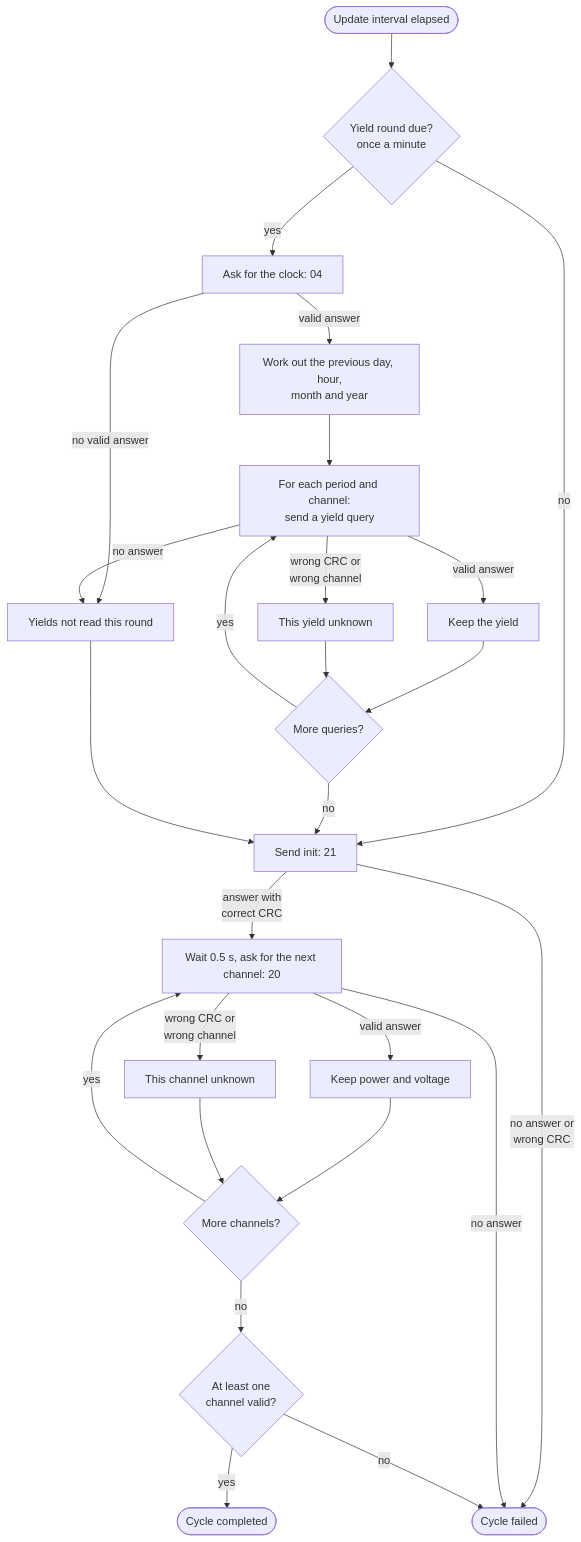
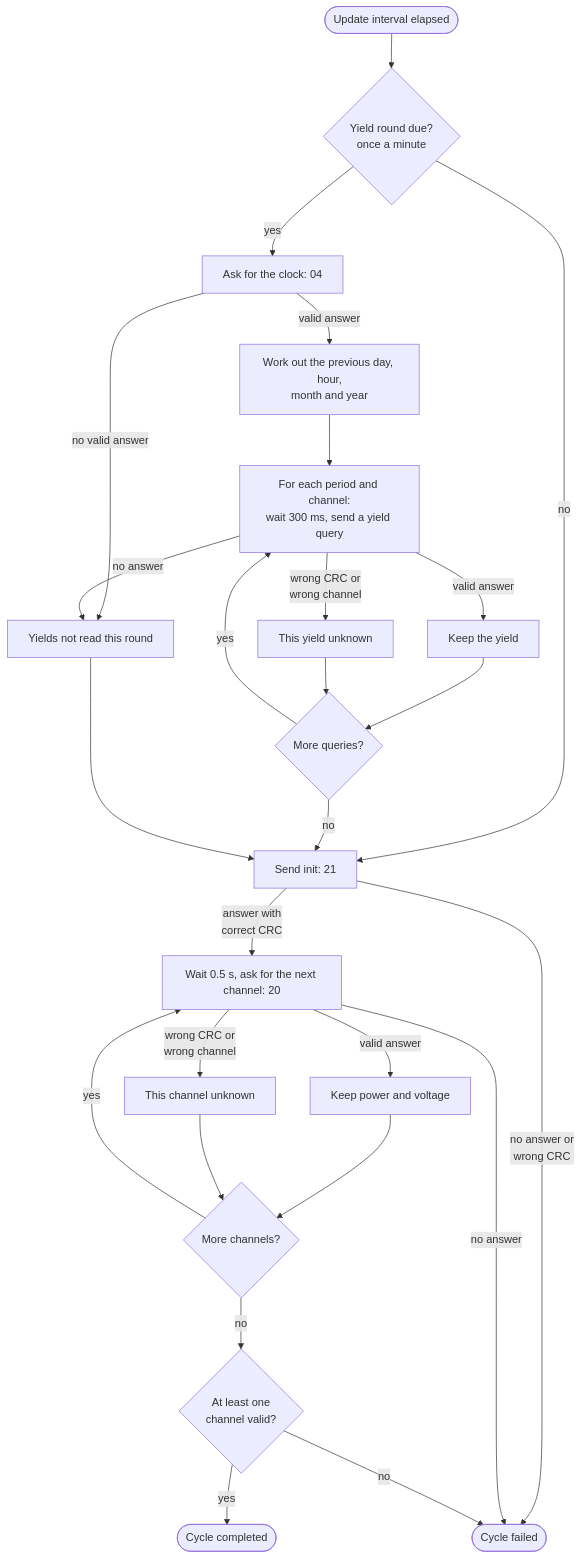
The second of 4 diagrams in docs/PROTOCOL.md (snbk40/SunMon), drawn with Mermaid before and after one commit. The commit also changed other lines of this file, not shown here.

First line of the commit message:
Show the 300 ms yield query pause in the protocol diagrams

````diff
--- a/docs/PROTOCOL.md
+++ b/docs/PROTOCOL.md
@@ -317,29 +322,29 @@
 ```mermaid
 flowchart TD
     start([Update interval elapsed]) --> due{Yield round due?<br/>once a minute}
     due -- no --> init
     due -- yes --> clock[Ask for the clock: 04]
     clock -->|valid answer| periods[Work out the previous day, hour,<br/>month and year]
     clock -->|no valid answer| ystop[Yields not read this round]
-    periods --> yloop[For each period and channel:<br/>send a yield query]
+    periods --> yloop[For each period and channel:<br/>wait 300 ms, send a yield query]
     yloop -->|valid answer| yok[Keep the yield]
     yloop -->|wrong CRC or<br/>wrong channel| ybad[This yield unknown]
     yloop -->|no answer| ystop
     yok --> ymore{More queries?}
     ybad --> ymore
     ymore -- yes --> yloop
     ymore -- no --> init
     ystop --> init
 
     init[Send init: 21] -->|answer with<br/>correct CRC| chan
     init -->|no answer or<br/>wrong CRC| fail
     chan[Wait 0.5 s, ask for the next channel: 20] -->|valid answer| cok[Keep power and voltage]
     chan -->|wrong CRC or<br/>wrong channel| cbad[This channel unknown]
     chan -->|no answer| fail
     cok --> cmore{More channels?}
     cbad --> cmore
     cmore -- yes --> chan
     cmore -- no --> any{At least one<br/>channel valid?}
     any -- yes --> done([Cycle completed])
     any -- no --> fail([Cycle failed])
 ```
````
